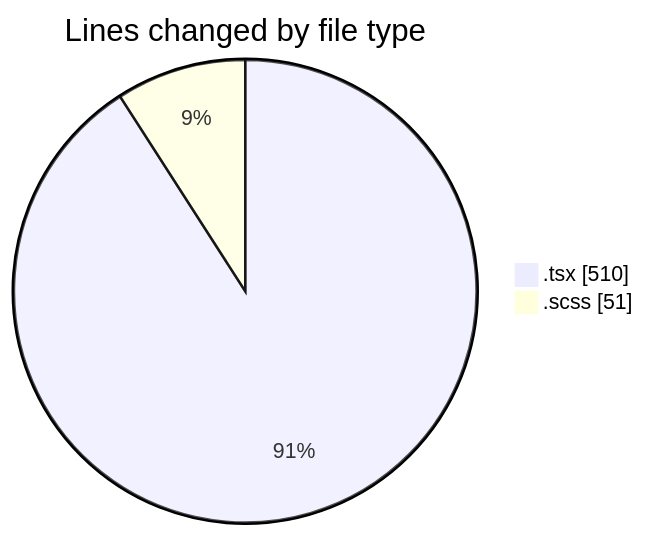
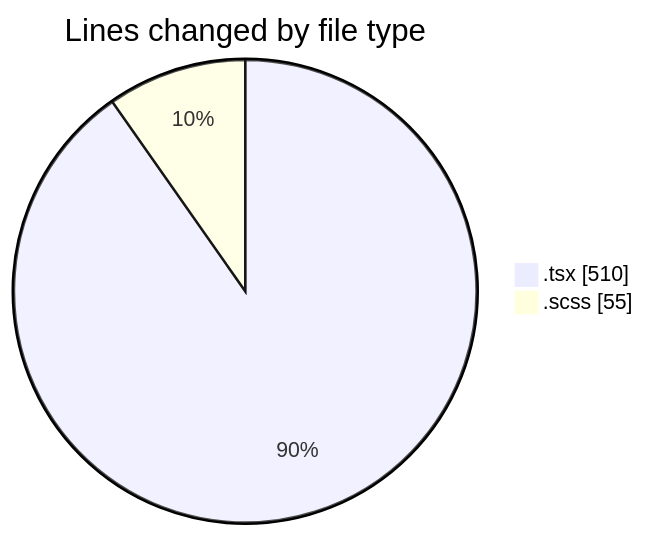
The first of 2 diagrams in 2025-04-10/cda/README.md (momahboobian/code-tracking), drawn with Mermaid before and after one commit. The commit also changed other lines of this file and 1 other file, not shown here.

````diff
--- a/2025-04-10/cda/README.md
+++ b/2025-04-10/cda/README.md
@@ -21,6 +21,6 @@
 ```mermaid
 pie showData
 title Lines changed by file type
 ".tsx" : 510
-".scss" : 51
+".scss" : 55
 ```
````
